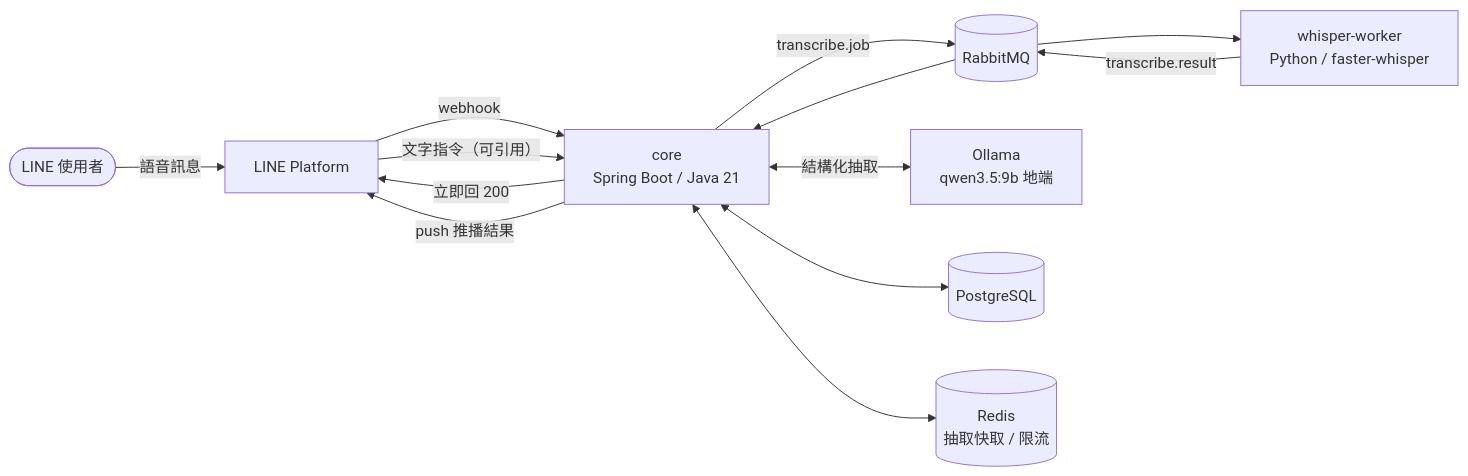
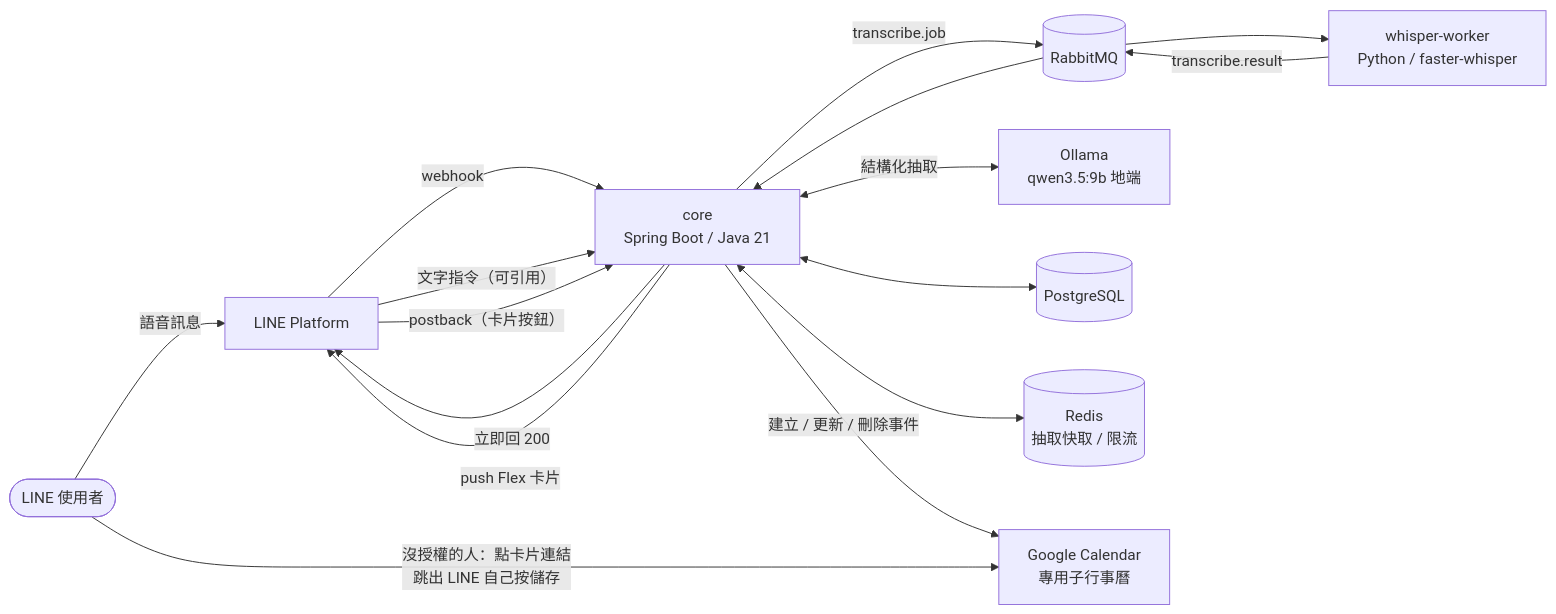
The diagram in README.md (chil2020/svra), drawn with Mermaid before and after one commit. The commit also changed other lines of this file and 5 other files, not shown here.

````diff
--- a/README.md
+++ b/README.md
@@ -59,15 +68,18 @@
 ```mermaid
 flowchart LR
     U([LINE 使用者]) -->|語音訊息| LINE[LINE Platform]
     LINE -->|webhook| CORE[core<br/>Spring Boot / Java 21]
     CORE -->|立即回 200| LINE
     CORE -->|transcribe.job| MQ[(RabbitMQ)]
     MQ --> W[whisper-worker<br/>Python / faster-whisper]
     W -->|transcribe.result| MQ
     MQ --> CORE
     CORE <-->|結構化抽取| LLM[Ollama<br/>qwen3.5:9b 地端]
     CORE <--> PG[(PostgreSQL)]
     CORE <--> RD[(Redis<br/>抽取快取 / 限流)]
-    CORE -->|push 推播結果| LINE
+    CORE -->|push Flex 卡片| LINE
     LINE -->|文字指令（可引用）| CORE
+    LINE -->|postback（卡片按鈕）| CORE
+    CORE -->|建立 / 更新 / 刪除事件| GC[Google Calendar<br/>專用子行事曆]
+    U -->|沒授權的人：點卡片連結<br/>跳出 LINE 自己按儲存| GC
 ```
````
